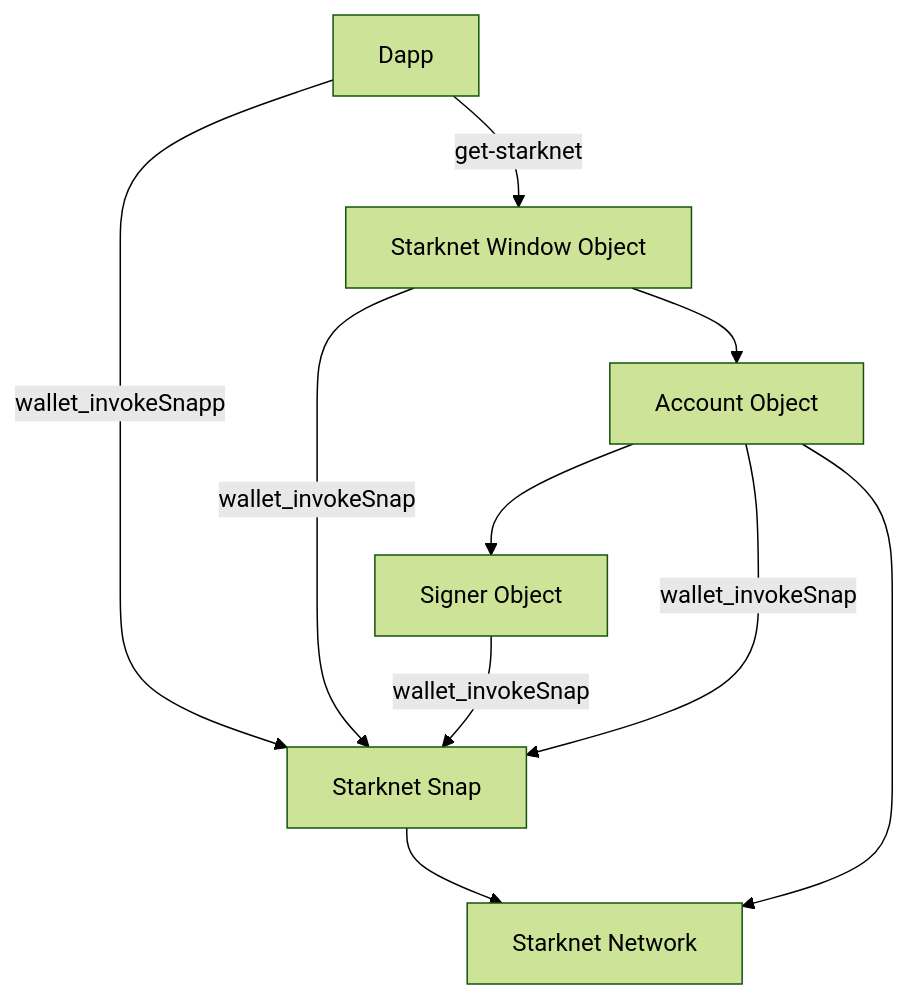
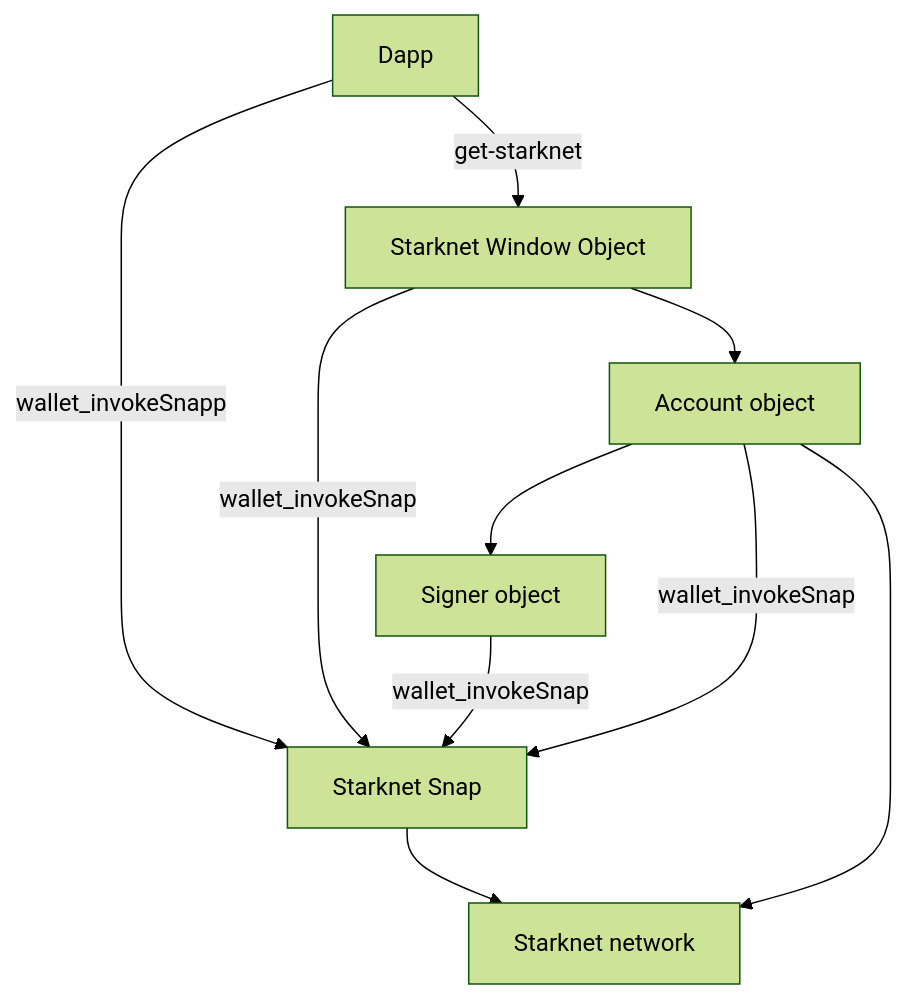
One commit to MetaMask/metamask-docs changed the first of 2 diagrams in wallet/how-to/use-non-evm-networks/starknet/about-get-starknet.md. Above: the diagram before and after it, drawn with Mermaid (forest theme). The commit also changed other lines of this file, not shown here.

Commit message:
edit diagrams

````diff
--- a/wallet/how-to/use-non-evm-networks/starknet/about-get-starknet.md
+++ b/wallet/how-to/use-non-evm-networks/starknet/about-get-starknet.md
@@ -24,11 +24,11 @@
 ```mermaid
 graph
     dapp[Dapp] -- wallet_invokeSnapp --> snap[Starknet Snap]
     dapp[Dapp] -- get-starknet --> swo[Starknet Window Object]
     swo -- wallet_invokeSnap --> snap
-    swo --> acc[Account Object]
-    acc --> signer[Signer Object] -- wallet_invokeSnap --> snap
+    swo --> acc[Account object]
+    acc --> signer[Signer object] -- wallet_invokeSnap --> snap
     acc -- wallet_invokeSnap --> snap
-    acc --> sp[Starknet Network]
+    acc --> sp[Starknet network]
     snap --> sp
 ```
````
